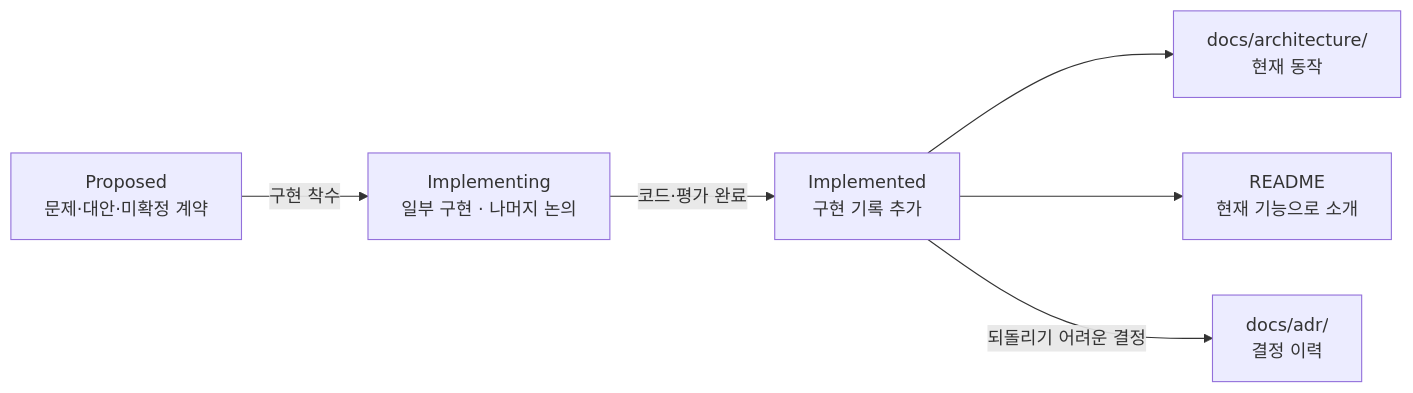
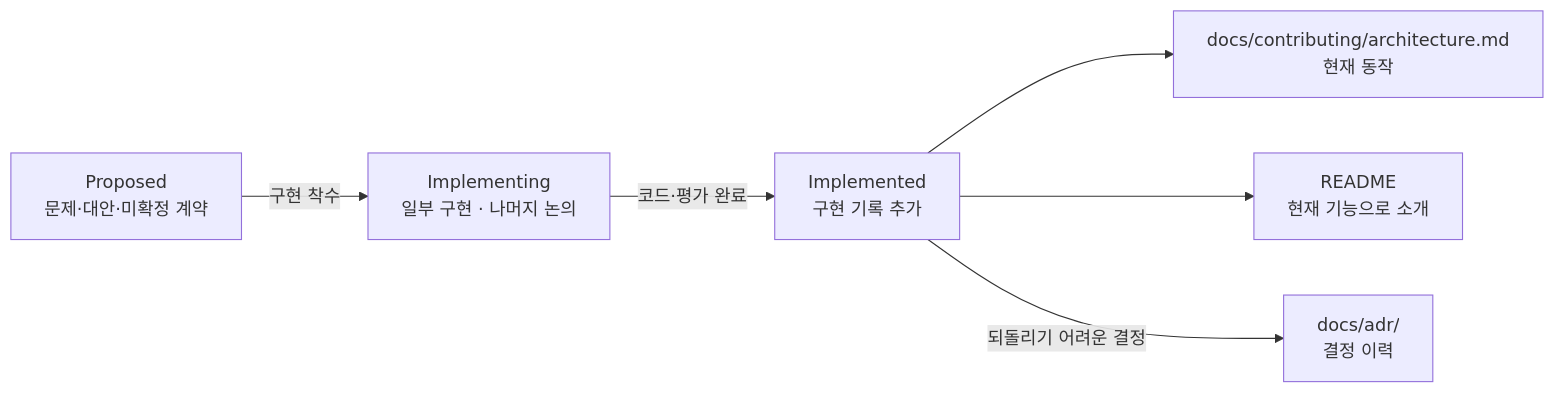
One commit to IsthisLee/agent-context-manager changed the diagram in docs/discussion/README.md. Above: the diagram before and after it, drawn with Mermaid. The commit also changed other lines of this file and 51 other files, not shown here.

````diff
--- a/docs/discussion/README.md
+++ b/docs/discussion/README.md
@@ -18,8 +18,8 @@
 ```mermaid
 flowchart LR
   P["Proposed<br/>문제·대안·미확정 계약"] -->|구현 착수| I["Implementing<br/>일부 구현 · 나머지 논의"]
   I -->|코드·평가 완료| D["Implemented<br/>구현 기록 추가"]
-  D --> ARCH["docs/architecture/<br/>현재 동작"]
+  D --> ARCH["docs/contributing/architecture.md<br/>현재 동작"]
   D --> RM["README<br/>현재 기능으로 소개"]
   D -->|되돌리기 어려운 결정| ADR["docs/adr/<br/>결정 이력"]
 ```
````
